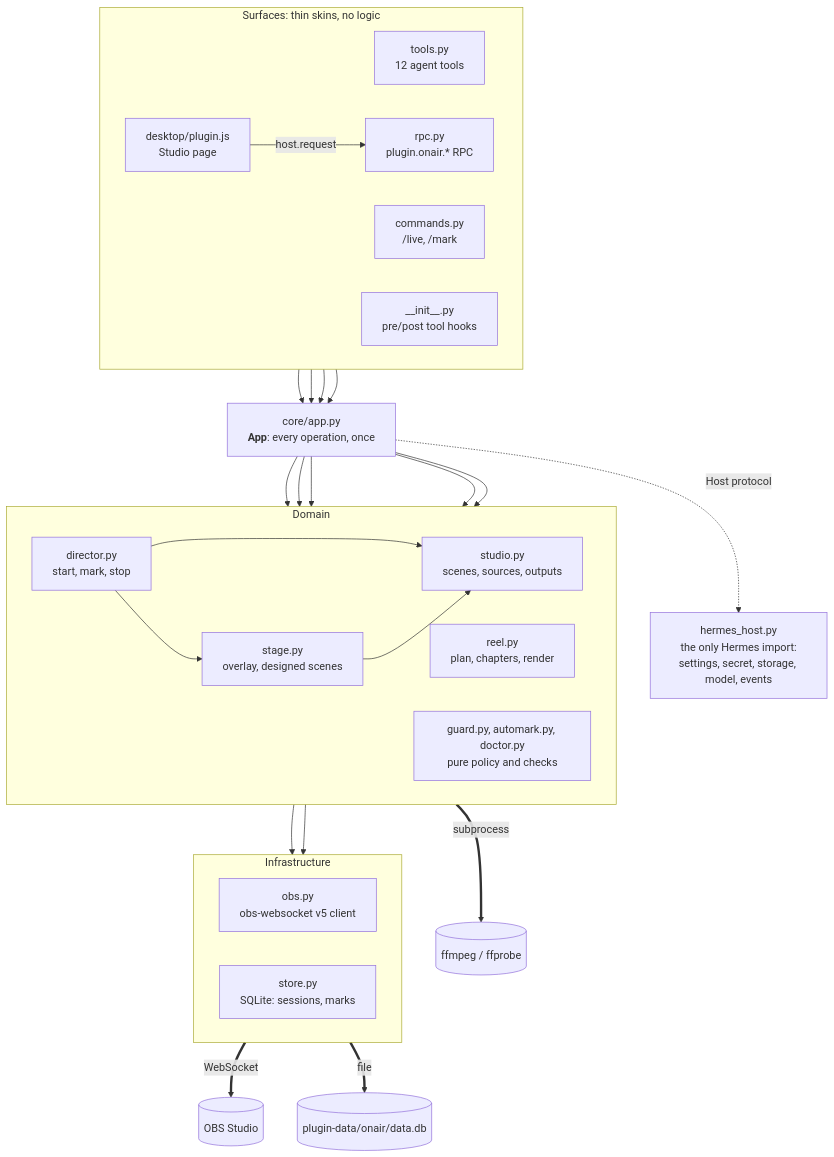
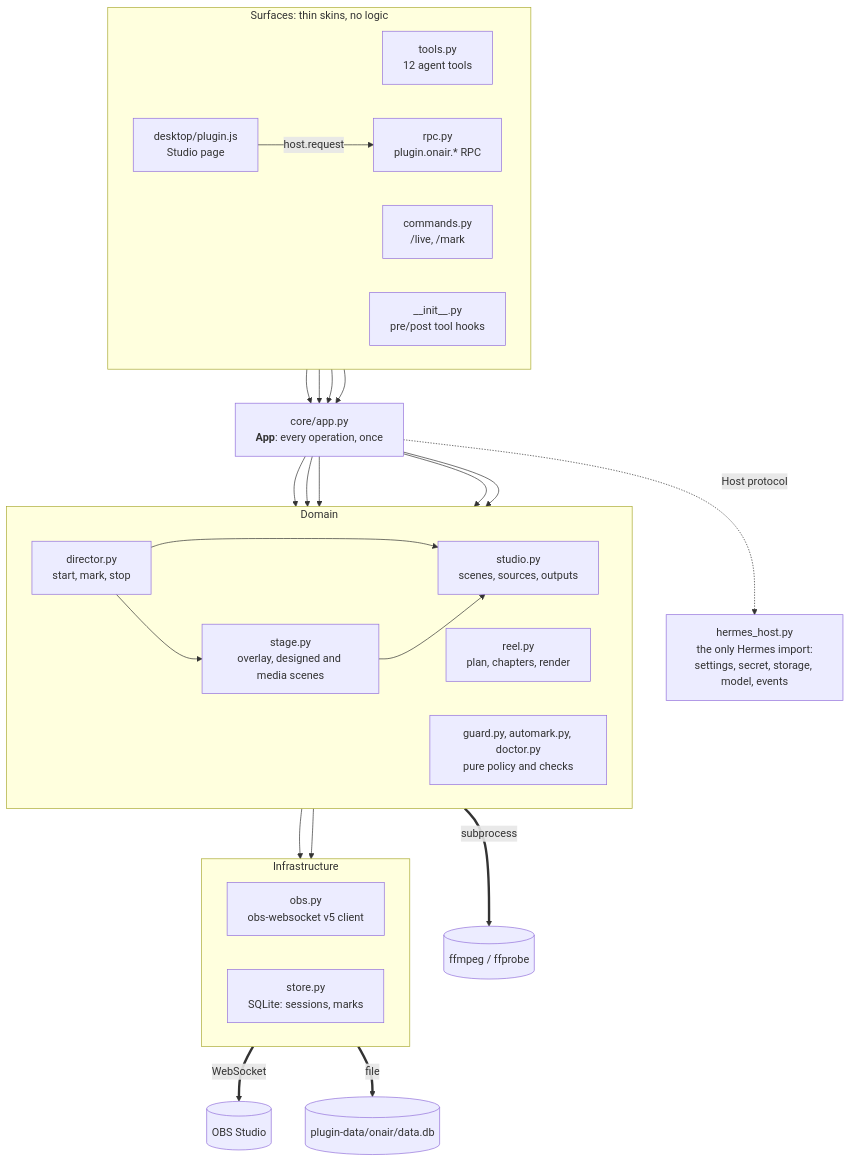
Before and after one commit to perfect7613/hermes-onair: the first of 5 diagrams in docs/architecture.md, drawn with Mermaid. The commit also changed other lines of this file and 11 other files, not shown here.

First line of the commit message:
Scenes from media other tools make, and one-shot sounds and clips

````diff
--- a/docs/architecture.md
+++ b/docs/architecture.md
@@ -9,45 +9,45 @@
 ```mermaid
 flowchart TB
     subgraph surfaces["Surfaces: thin skins, no logic"]
         direction LR
         tools["tools.py<br/>12 agent tools"]
         commands["commands.py<br/>/live, /mark"]
         rpc["rpc.py<br/>plugin.onair.* RPC"]
         desktop["desktop/plugin.js<br/>Studio page"]
         hooks["__init__.py<br/>pre/post tool hooks"]
     end
 
     app["core/app.py<br/><b>App</b>: every operation, once"]
 
     subgraph domain["Domain"]
         direction LR
         director["director.py<br/>start, mark, stop"]
-        stage["stage.py<br/>overlay, designed scenes"]
+        stage["stage.py<br/>overlay, designed and media scenes"]
         studio["studio.py<br/>scenes, sources, outputs"]
         reel["reel.py<br/>plan, chapters, render"]
         policy["guard.py, automark.py, doctor.py<br/>pure policy and checks"]
     end
 
     subgraph infra["Infrastructure"]
         direction LR
         obs["obs.py<br/>obs-websocket v5 client"]
         store["store.py<br/>SQLite: sessions, marks"]
     end
 
     host["hermes_host.py<br/>the only Hermes import:<br/>settings, secret, storage, model, events"]
 
     desktop -- "host.request" --> rpc
     tools --> app
     commands --> app
     rpc --> app
     hooks --> app
     app --> director & stage & studio & reel & policy
     director --> stage & studio & store
     stage --> studio
     studio --> obs
     app -. "Host protocol" .-> host
 
     obs == "WebSocket" ==> OBS[("OBS Studio")]
     reel == "subprocess" ==> FF[("ffmpeg / ffprobe")]
     store == "file" ==> DB[("plugin-data/onair/data.db")]
 ```
````
